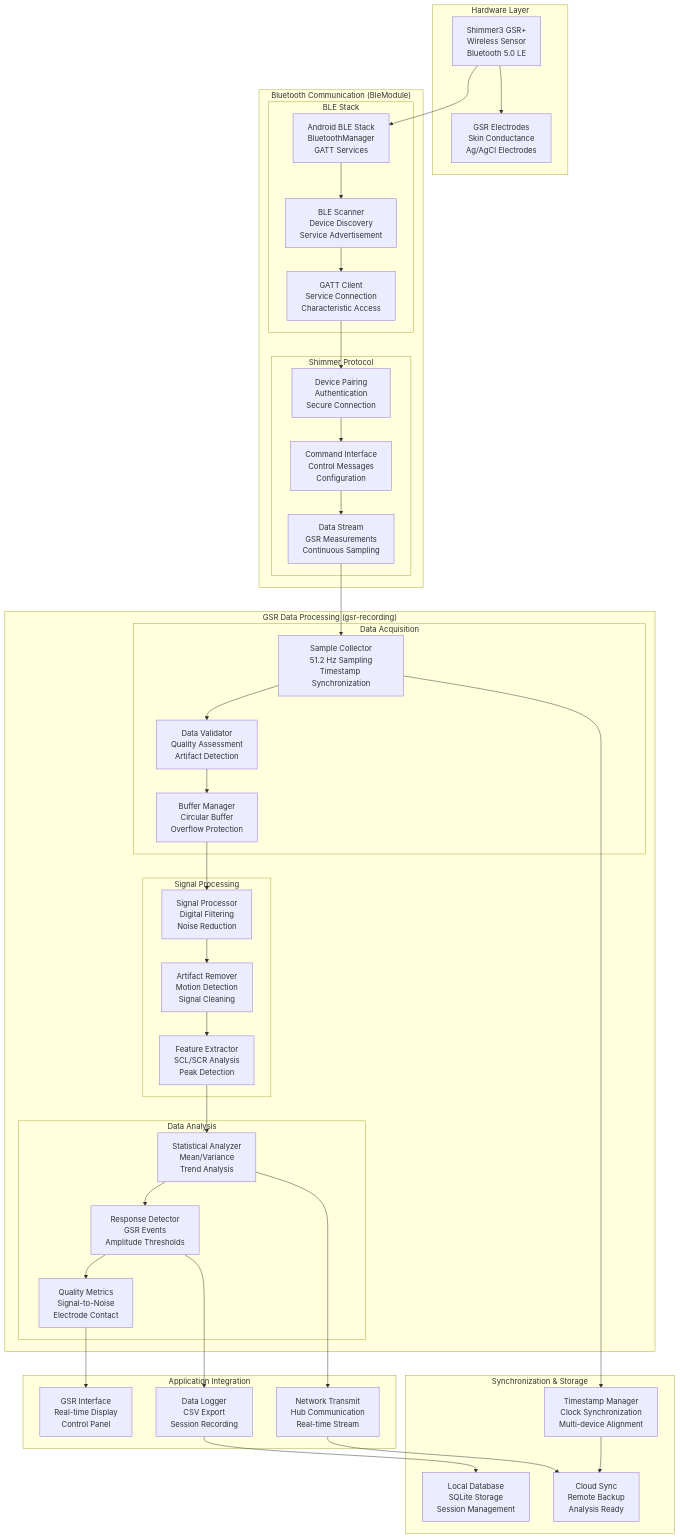
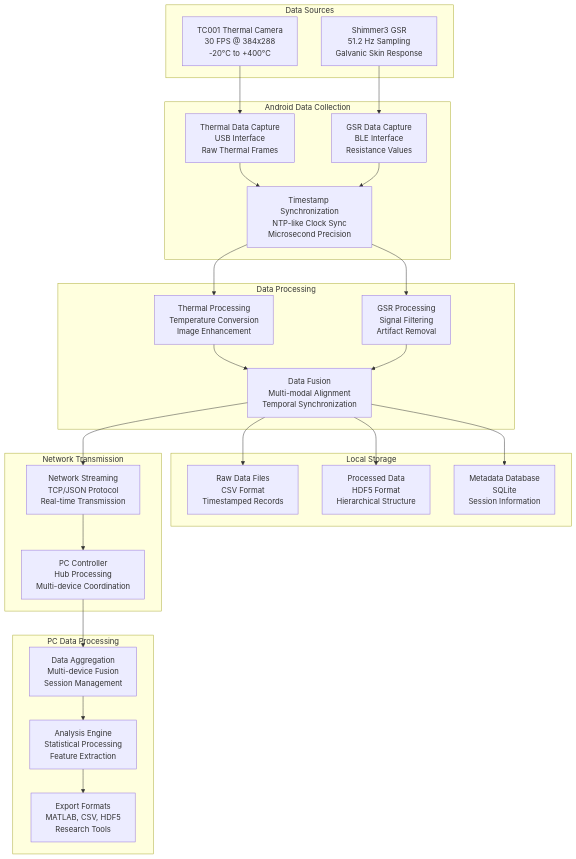
The seventh of 10 diagrams in docs/COMPREHENSIVE_ARCHITECTURE_DIAGRAMS.md (uclgsr/IRCamera), drawn with Mermaid before and after one commit. The commit also changed other lines of this file, not shown here.

Commit message:
Complete fresh restart of architecture diagrams - 10 comprehensive Mermaid diagrams from scratch

````diff
--- a/docs/COMPREHENSIVE_ARCHITECTURE_DIAGRAMS.md
+++ b/docs/COMPREHENSIVE_ARCHITECTURE_DIAGRAMS.md
@@ -578,90 +350,59 @@
 ```mermaid
-graph TB
-    subgraph "Hardware Layer"
-        Shimmer3HW[Shimmer3 GSR+<br/>Wireless Sensor<br/>Bluetooth 5.0 LE]
-        GSRElectrodes[GSR Electrodes<br/>Skin Conductance<br/>Ag/AgCl Electrodes]
+flowchart TD
+    subgraph "Data Sources"
+        TC001Sensor[TC001 Thermal Camera<br/>30 FPS @ 384x288<br/>-20°C to +400°C]
+        Shimmer3Sensor[Shimmer3 GSR<br/>51.2 Hz Sampling<br/>Galvanic Skin Response]
     end
     
-    subgraph "Bluetooth Communication (BleModule)"
-        subgraph "BLE Stack"
-            AndroidBLE[Android BLE Stack<br/>BluetoothManager<br/>GATT Services]
-            BLEScanner[BLE Scanner<br/>Device Discovery<br/>Service Advertisement]
-            GATTClient[GATT Client<br/>Service Connection<br/>Characteristic Access]
-        end
-        
-        subgraph "Shimmer Protocol"
-            DevicePairing[Device Pairing<br/>Authentication<br/>Secure Connection]
-            CommandInterface[Command Interface<br/>Control Messages<br/>Configuration]
-            DataStream[Data Stream<br/>GSR Measurements<br/>Continuous Sampling]
-        end
+    subgraph "Android Data Collection"
+        ThermalCapture[Thermal Data Capture<br/>USB Interface<br/>Raw Thermal Frames]
+        GSRCapture[GSR Data Capture<br/>BLE Interface<br/>Resistance Values]
+        TimestampSync[Timestamp Synchronization<br/>NTP-like Clock Sync<br/>Microsecond Precision]
     end
     
-    subgraph "GSR Data Processing (gsr-recording)"
-        subgraph "Data Acquisition"
-            SampleCollector[Sample Collector<br/>51.2 Hz Sampling<br/>Timestamp Synchronization]
-            DataValidator[Data Validator<br/>Quality Assessment<br/>Artifact Detection]
-            BufferManager[Buffer Manager<br/>Circular Buffer<br/>Overflow Protection]
-        end
-        
-        subgraph "Signal Processing"
-            SignalProcessor[Signal Processor<br/>Digital Filtering<br/>Noise Reduction]
-            ArtifactRemover[Artifact Remover<br/>Motion Detection<br/>Signal Cleaning]
-            FeatureExtractor[Feature Extractor<br/>SCL/SCR Analysis<br/>Peak Detection]
-        end
-        
-        subgraph "Data Analysis"
-            StatisticalAnalyzer[Statistical Analyzer<br/>Mean/Variance<br/>Trend Analysis]
-            ResponseDetector[Response Detector<br/>GSR Events<br/>Amplitude Thresholds]
-            QualityMetrics[Quality Metrics<br/>Signal-to-Noise<br/>Electrode Contact]
-        end
+    subgraph "Data Processing"
+        ThermalProcess[Thermal Processing<br/>Temperature Conversion<br/>Image Enhancement]
+        GSRProcess[GSR Processing<br/>Signal Filtering<br/>Artifact Removal]
+        DataFusion[Data Fusion<br/>Multi-modal Alignment<br/>Temporal Synchronization]
     end
     
-    subgraph "Application Integration"
-        GSRInterface[GSR Interface<br/>Real-time Display<br/>Control Panel]
-        DataLogger[Data Logger<br/>CSV Export<br/>Session Recording]
-        NetworkTransmit[Network Transmit<br/>Hub Communication<br/>Real-time Stream]
+    subgraph "Local Storage"
+        RawFiles[Raw Data Files<br/>CSV Format<br/>Timestamped Records]
+        ProcessedFiles[Processed Data<br/>HDF5 Format<br/>Hierarchical Structure]
+        MetadataDB[Metadata Database<br/>SQLite<br/>Session Information]
     end
     
-    subgraph "Synchronization & Storage"
-        TimestampManager[Timestamp Manager<br/>Clock Synchronization<br/>Multi-device Alignment]
-        LocalDatabase[Local Database<br/>SQLite Storage<br/>Session Management]
-        CloudSync[Cloud Sync<br/>Remote Backup<br/>Analysis Ready]
+    subgraph "Network Transmission"
+        NetworkStream[Network Streaming<br/>TCP/JSON Protocol<br/>Real-time Transmission]
+        PCController[PC Controller<br/>Hub Processing<br/>Multi-device Coordination]
     end
     
-    %% Hardware connections
-    Shimmer3HW --> GSRElectrodes
-    Shimmer3HW --> AndroidBLE
+    subgraph "PC Data Processing"
+        DataAggregation[Data Aggregation<br/>Multi-device Fusion<br/>Session Management]
+        AnalysisEngine[Analysis Engine<br/>Statistical Processing<br/>Feature Extraction]
+        ExportFormats[Export Formats<br/>MATLAB, CSV, HDF5<br/>Research Tools]
+    end
     
-    %% BLE communication flow
-    AndroidBLE --> BLEScanner
-    BLEScanner --> GATTClient
-    GATTClient --> DevicePairing
-    DevicePairing --> CommandInterface
-    CommandInterface --> DataStream
+    TC001Sensor --> ThermalCapture
+    Shimmer3Sensor --> GSRCapture
     
-    %% Data acquisition flow
-    DataStream --> SampleCollector
-    SampleCollector --> DataValidator
-    DataValidator --> BufferManager
+    ThermalCapture --> TimestampSync
+    GSRCapture --> TimestampSync
     
-    %% Signal processing flow
-    BufferManager --> SignalProcessor
-    SignalProcessor --> ArtifactRemover
-    ArtifactRemover --> FeatureExtractor
+    TimestampSync --> ThermalProcess
+    TimestampSync --> GSRProcess
     
-    %% Data analysis flow
-    FeatureExtractor --> StatisticalAnalyzer
-    StatisticalAnalyzer --> ResponseDetector
-    ResponseDetector --> QualityMetrics
+    ThermalProcess --> DataFusion
+    GSRProcess --> DataFusion
     
-    %% Application integration
-    QualityMetrics --> GSRInterface
-    ResponseDetector --> DataLogger
-    StatisticalAnalyzer --> NetworkTransmit
+    DataFusion --> RawFiles
+    DataFusion --> ProcessedFiles
+    DataFusion --> MetadataDB
     
-    %% Synchronization and storage
-    SampleCollector --> TimestampManager
-    DataLogger --> LocalDatabase
-    NetworkTransmit --> CloudSync
-    TimestampManager --> CloudSync
+    DataFusion --> NetworkStream
+    NetworkStream --> PCController
+    
+    PCController --> DataAggregation
+    DataAggregation --> AnalysisEngine
+    AnalysisEngine --> ExportFormats
 ```
````
